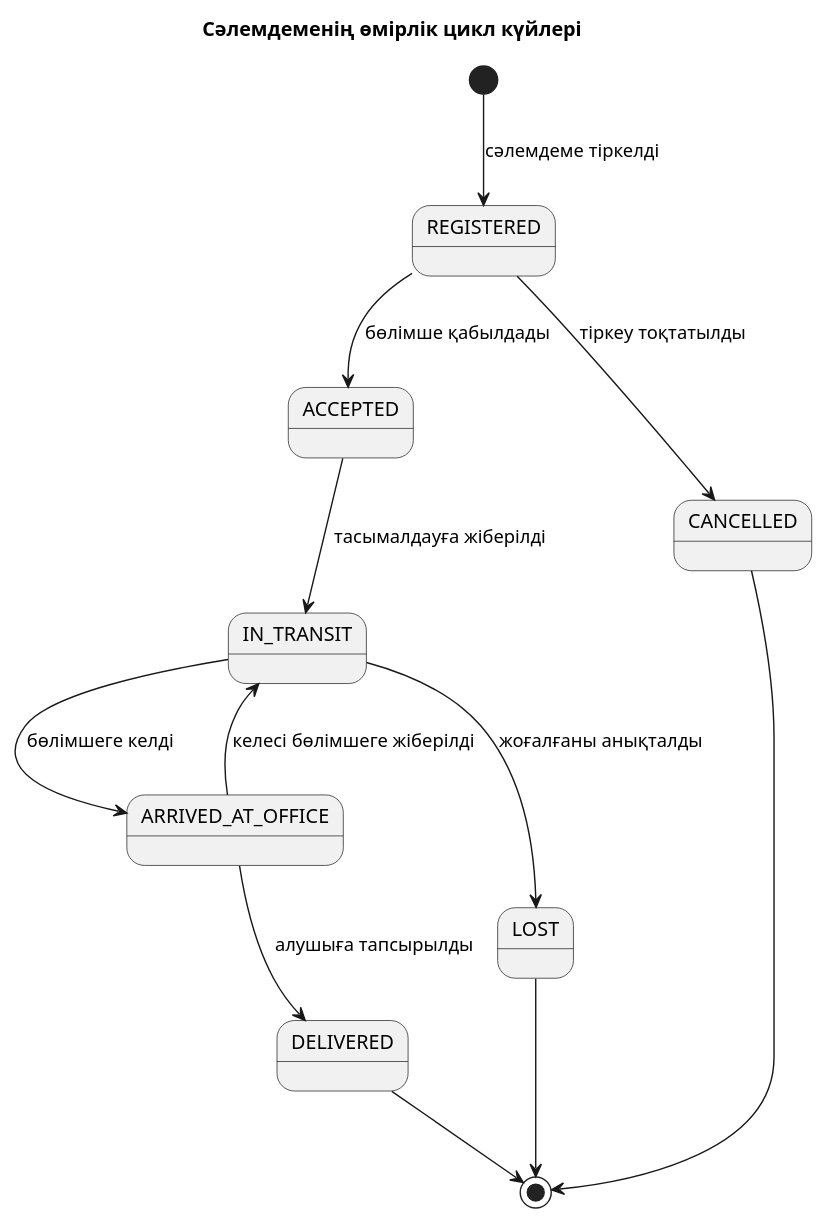
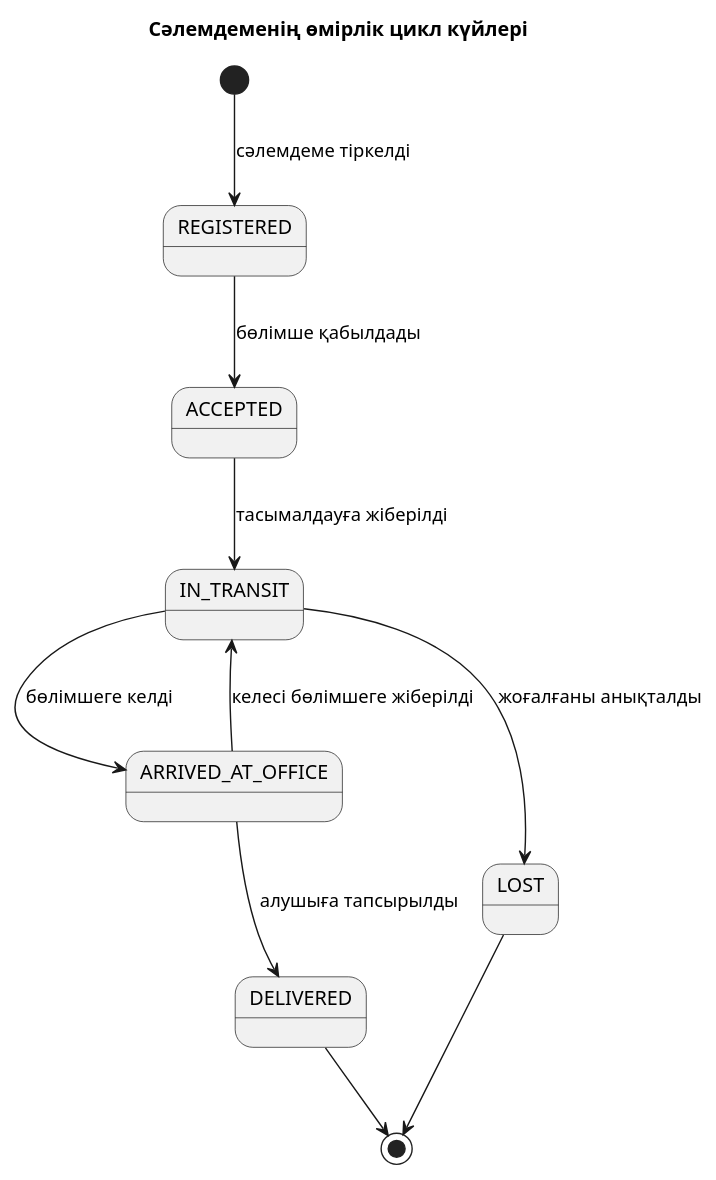
The diagram in docs/uml/state-diagram.puml (ajymaskar082/Kazpost-Parcel-Tracking), drawn with PlantUML before and after one commit.

Commit message:
Align parcel states with DeliveryStatus enum

```diff
--- a/docs/uml/state-diagram.puml
+++ b/docs/uml/state-diagram.puml
@@ -1,14 +1,12 @@
 @startuml
 title Сәлемдеменің өмірлік цикл күйлері
 [*] --> REGISTERED : сәлемдеме тіркелді
 REGISTERED --> ACCEPTED : бөлімше қабылдады
 ACCEPTED --> IN_TRANSIT : тасымалдауға жіберілді
 IN_TRANSIT --> ARRIVED_AT_OFFICE : бөлімшеге келді
 ARRIVED_AT_OFFICE --> IN_TRANSIT : келесі бөлімшеге жіберілді
 ARRIVED_AT_OFFICE --> DELIVERED : алушыға тапсырылды
 IN_TRANSIT --> LOST : жоғалғаны анықталды
-REGISTERED --> CANCELLED : тіркеу тоқтатылды
 DELIVERED --> [*]
 LOST --> [*]
-CANCELLED --> [*]
 @enduml
```
